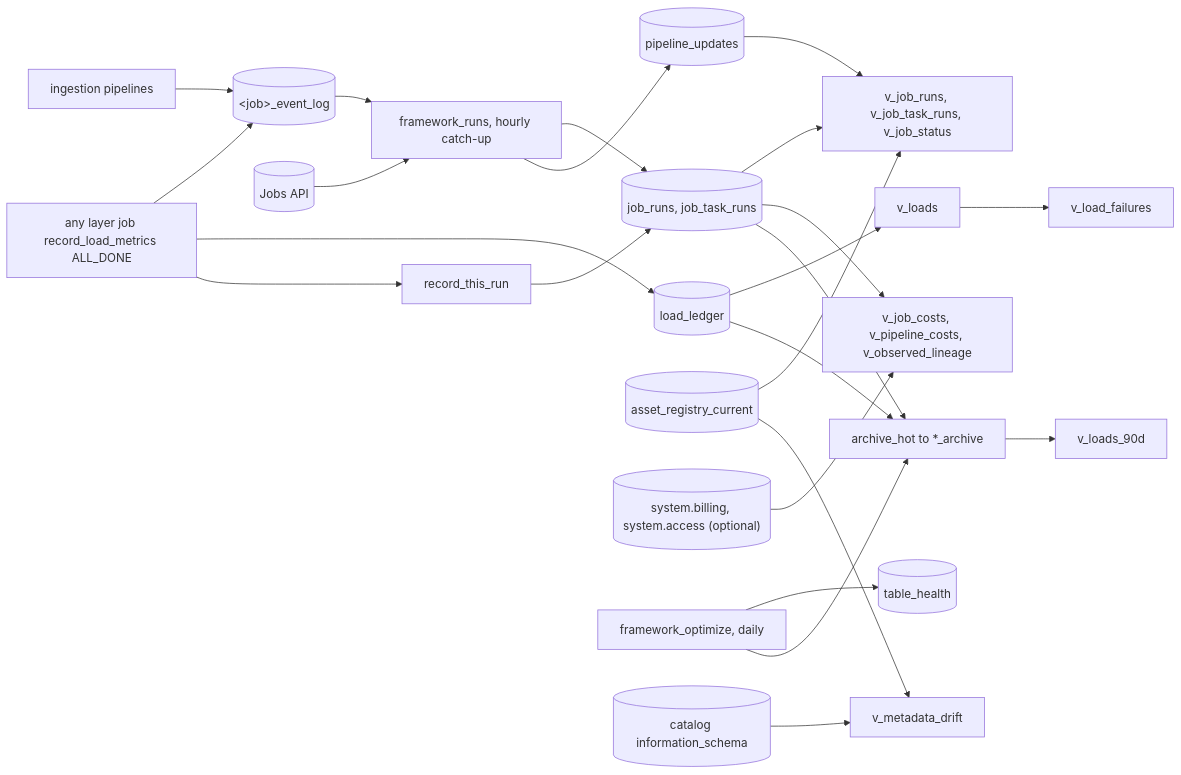
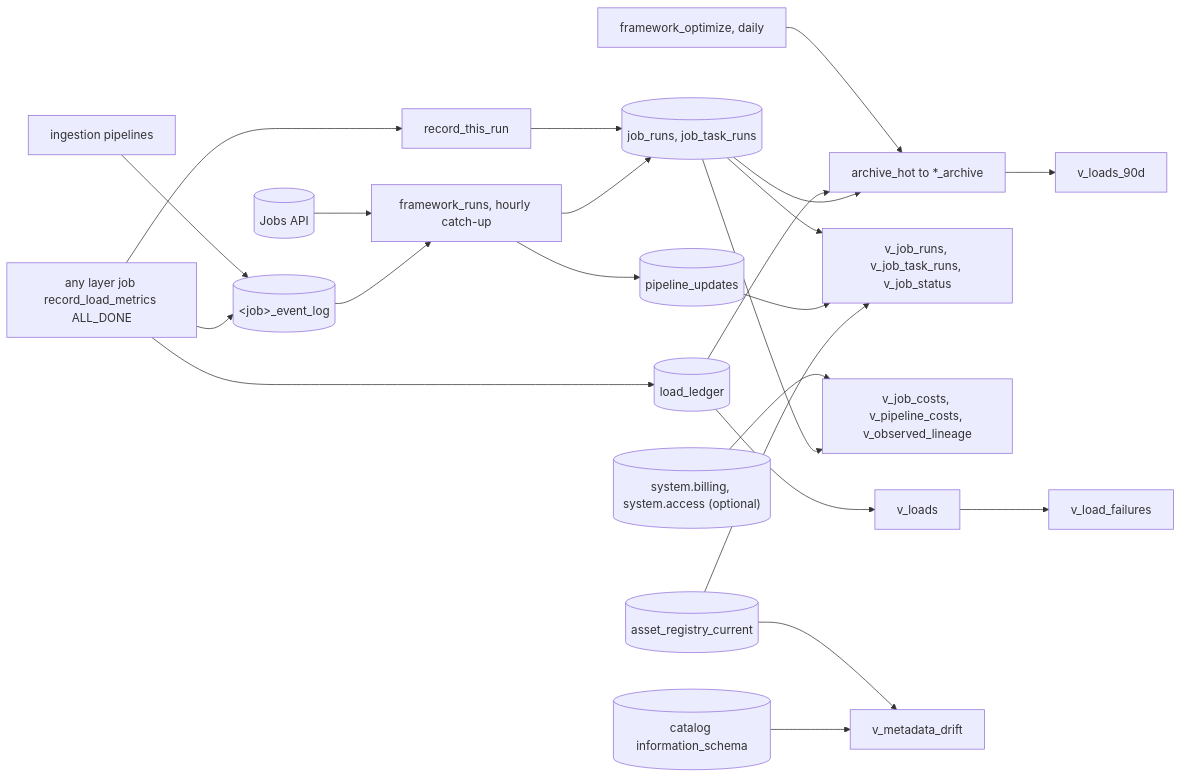
The fourth of 9 diagrams in framework_docs/ARCHITECTURE.md (NitinKeshavB/framework), drawn with Mermaid before and after one commit. The commit also changed other lines of this file and 66 other files, not shown here.

````diff
--- a/framework_docs/ARCHITECTURE.md
+++ b/framework_docs/ARCHITECTURE.md
@@ -99,26 +104,25 @@
 ```mermaid
 flowchart LR
   ingestionPipelines[ingestion pipelines] --> eventLogs[("&lt;job&gt;_event_log")]
   anyJob[any layer job record_load_metrics ALL_DONE] --> eventLogs
   anyJob --> ledger[(load_ledger)]
   ledger --> loads[v_loads]
   loads --> failures[v_load_failures]
   anyJob --> recordThisRun[record_this_run]
   recordThisRun --> runTables[(job_runs, job_task_runs)]
   jobsApi[(Jobs API)] --> runsJob[framework_runs, hourly catch-up]
   eventLogs --> runsJob
   runsJob --> runTables
   runsJob --> updates[(pipeline_updates)]
   runTables --> runViews[v_job_runs, v_job_task_runs, v_job_status]
   updates --> runViews
   registry[(asset_registry_current)] --> runViews
   systemTables[("system.billing, system.access (optional)")] --> costViews[v_job_costs, v_pipeline_costs, v_observed_lineage]
   runTables --> costViews
-  optimize[framework_optimize, daily] --> health[(table_health)]
-  optimize --> archive[archive_hot to *_archive]
+  optimize[framework_optimize, daily] --> archive[archive_hot to *_archive]
   ledger --> archive
   runTables --> archive
   archive --> loads90[v_loads_90d]
   registry --> metadataDrift[v_metadata_drift]
   infoSchema[(catalog information_schema)] --> metadataDrift
 ```
````
